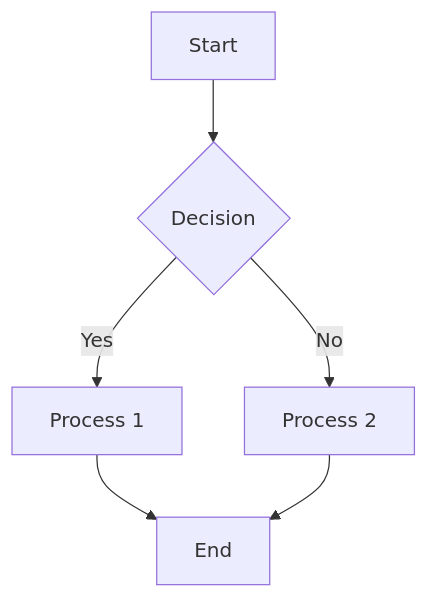
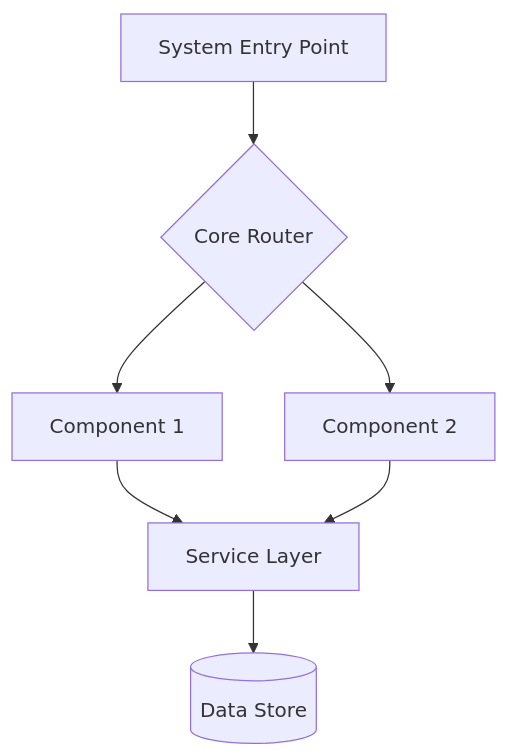
The first of 10 diagrams in src/KoalaWiki/Prompts/Warehouse/GenerateDocsFrameworks.md (xincheng213618/OpenDeepWiki), drawn with Mermaid before and after one commit. The commit also changed other lines of this file and 14 other files, not shown here.

````diff
--- a/src/KoalaWiki/Prompts/Warehouse/GenerateDocsFrameworks.md
+++ b/src/KoalaWiki/Prompts/Warehouse/GenerateDocsFrameworks.md
@@ -146,8 +96,9 @@
 ```mermaid
-flowchart TD
-  A[Start] --> B{Decision}
-  B -->|Yes| C[Process 1]
-  B -->|No| D[Process 2]
-  C --> E[End]
-  D --> E
+graph TD
+    A[System Entry Point] --> B{Core Router}
+    B --> C[Component 1]
+    B --> D[Component 2]
+    C --> E[Service Layer]
+    D --> E
+    E --> F[(Data Store)]
 ```
````
